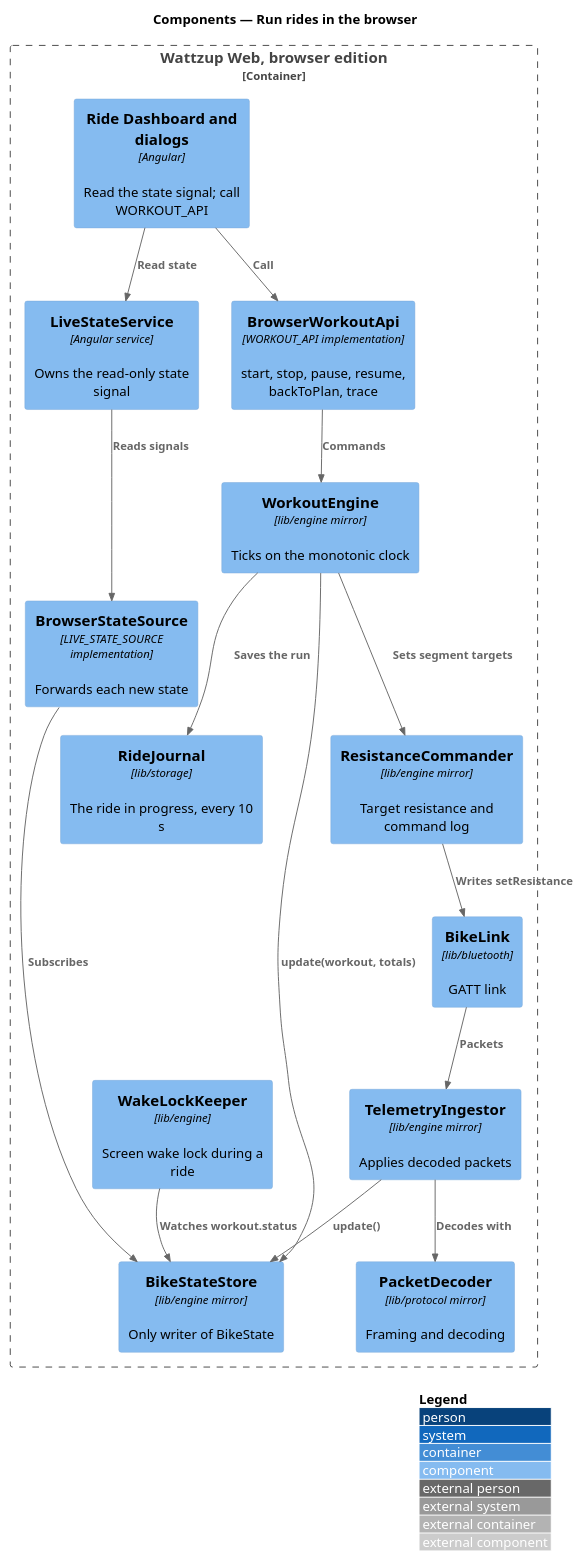
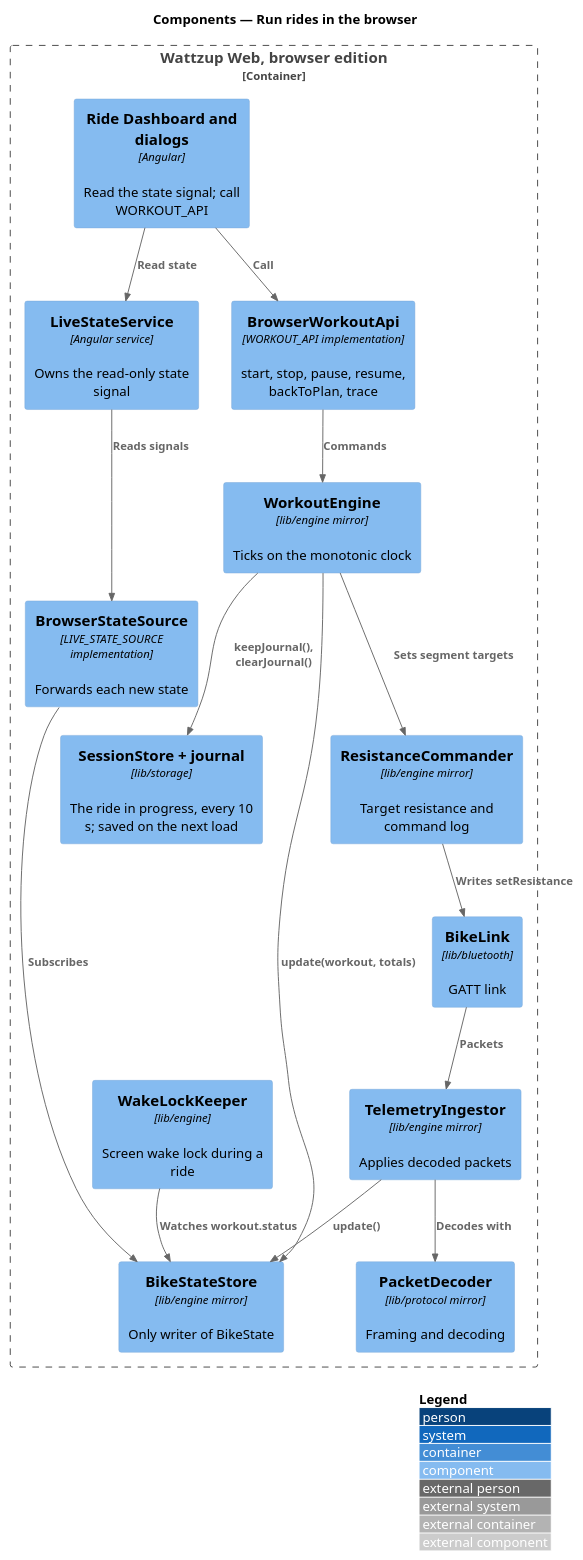
Before and after one commit to QuinntyneBrown/ride-one: the diagram in docs/detailed-designs/browser-edition/run-rides-in-browser/diagrams/c4-component.puml, drawn with PlantUML. The commit also changed 16 other files, not shown here.

First line of the commit message:
Keep a ride the page closes on (L2-092 AC5)

```diff
--- a/docs/detailed-designs/browser-edition/run-rides-in-browser/diagrams/c4-component.puml
+++ b/docs/detailed-designs/browser-edition/run-rides-in-browser/diagrams/c4-component.puml
@@ -1,33 +1,33 @@
 @startuml
 !include <C4/C4_Component>
 LAYOUT_WITH_LEGEND()
 title Components — Run rides in the browser
 
 Container_Boundary(app, "Wattzup Web, browser edition") {
   Component(pages, "Ride Dashboard and dialogs", "Angular", "Read the state signal; call WORKOUT_API")
   Component(live, "LiveStateService", "Angular service", "Owns the read-only state signal")
   Component(wapi, "BrowserWorkoutApi", "WORKOUT_API implementation", "start, stop, pause, resume, backToPlan, trace")
   Component(src, "BrowserStateSource", "LIVE_STATE_SOURCE implementation", "Forwards each new state")
   Component(link, "BikeLink", "lib/bluetooth", "GATT link")
   Component(decoder, "PacketDecoder", "lib/protocol mirror", "Framing and decoding")
   Component(ingest, "TelemetryIngestor", "lib/engine mirror", "Applies decoded packets")
   Component(store, "BikeStateStore", "lib/engine mirror", "Only writer of BikeState")
   Component(engine, "WorkoutEngine", "lib/engine mirror", "Ticks on the monotonic clock")
   Component(cmd, "ResistanceCommander", "lib/engine mirror", "Target resistance and command log")
-  Component(journal, "RideJournal", "lib/storage", "The ride in progress, every 10 s")
+  Component(journal, "SessionStore + journal", "lib/storage", "The ride in progress, every 10 s; saved on the next load")
   Component(wake, "WakeLockKeeper", "lib/engine", "Screen wake lock during a ride")
 }
 Rel(pages, live, "Read state")
 Rel(pages, wapi, "Call")
 Rel(live, src, "Reads signals")
 Rel(src, store, "Subscribes")
 Rel(link, ingest, "Packets")
 Rel(ingest, decoder, "Decodes with")
 Rel(ingest, store, "update()")
 Rel(wapi, engine, "Commands")
 Rel(engine, cmd, "Sets segment targets")
 Rel(cmd, link, "Writes setResistance")
 Rel(engine, store, "update(workout, totals)")
-Rel(engine, journal, "Saves the run")
+Rel(engine, journal, "keepJournal(), clearJournal()")
 Rel(wake, store, "Watches workout.status")
 @enduml
```
